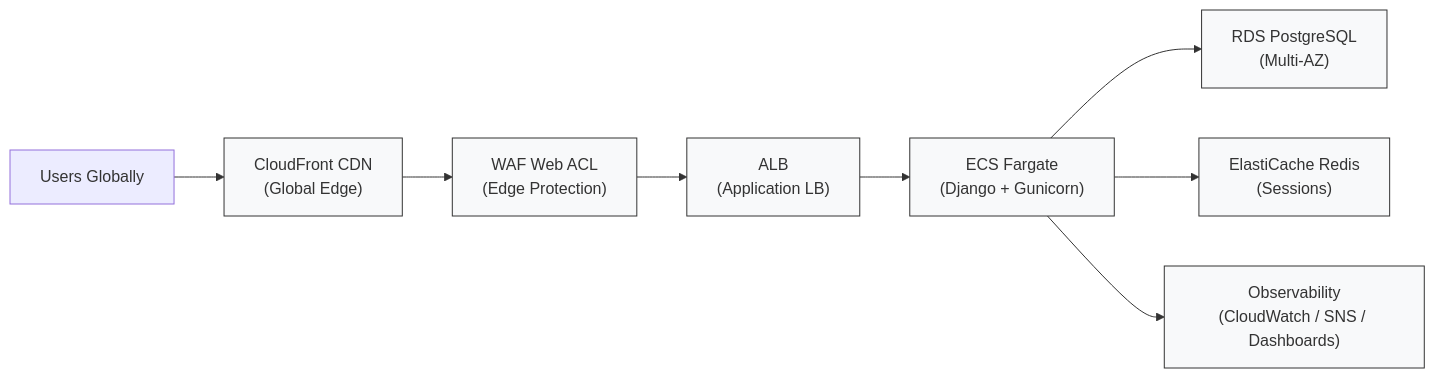
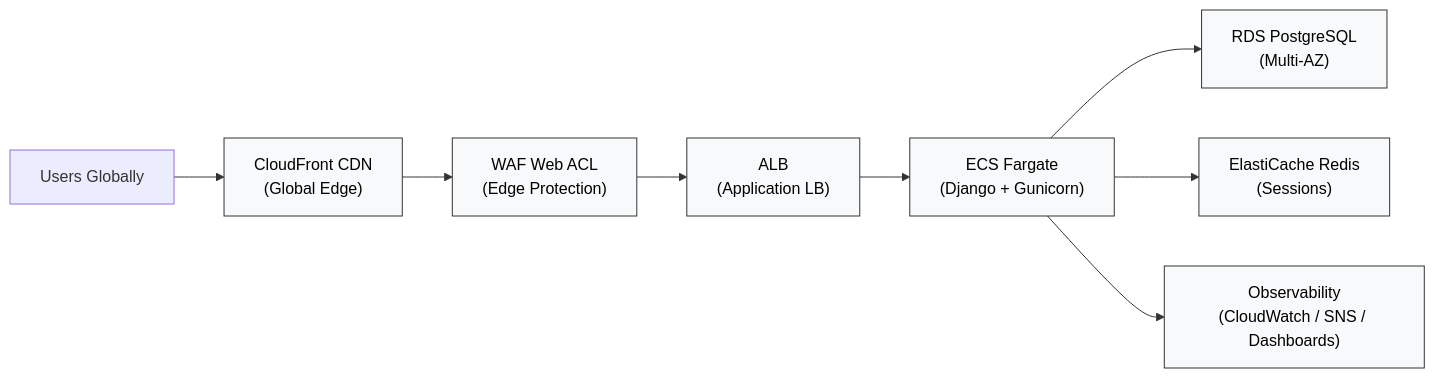
Before and after one commit to gasper-anjanoh-dev/notesy-infrastructure: the first of 2 diagrams in README.md, drawn with Mermaid.

Commit message:
docs: ensure mermaid infra nodes have black text color

````diff
--- a/README.md
+++ b/README.md
@@ -14,12 +14,12 @@
 ```mermaid
 flowchart LR
   Users["Users Globally"] --> CF["CloudFront CDN\n(Global Edge)"]
   CF --> WAF["WAF Web ACL\n(Edge Protection)"]
   WAF --> ALB["ALB\n(Application LB)"]
   ALB --> ECS["ECS Fargate\n(Django + Gunicorn)"]
   ECS --> RDS["RDS PostgreSQL\n(Multi-AZ)"]
   ECS --> Redis["ElastiCache Redis\n(Sessions)"]
   ECS --> Obs["Observability\n(CloudWatch / SNS / Dashboards)"]
-  classDef infra fill:#f8f9fa,stroke:#333,stroke-width:1px;
+	classDef infra fill:#f8f9fa,stroke:#333,stroke-width:1px,color:#000;
   class CF,WAF,ALB,ECS,RDS,Redis,Obs infra;
 ```
````
